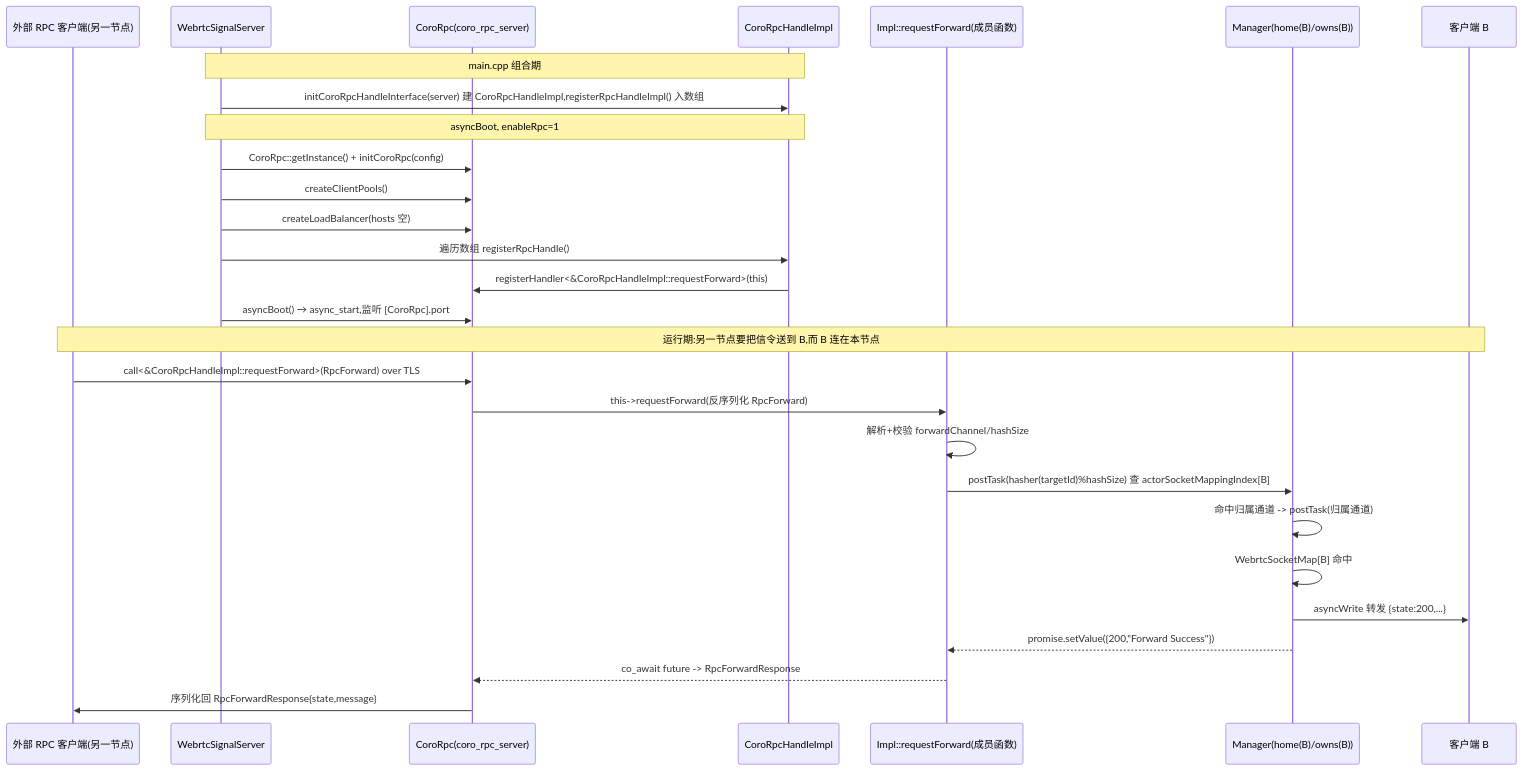
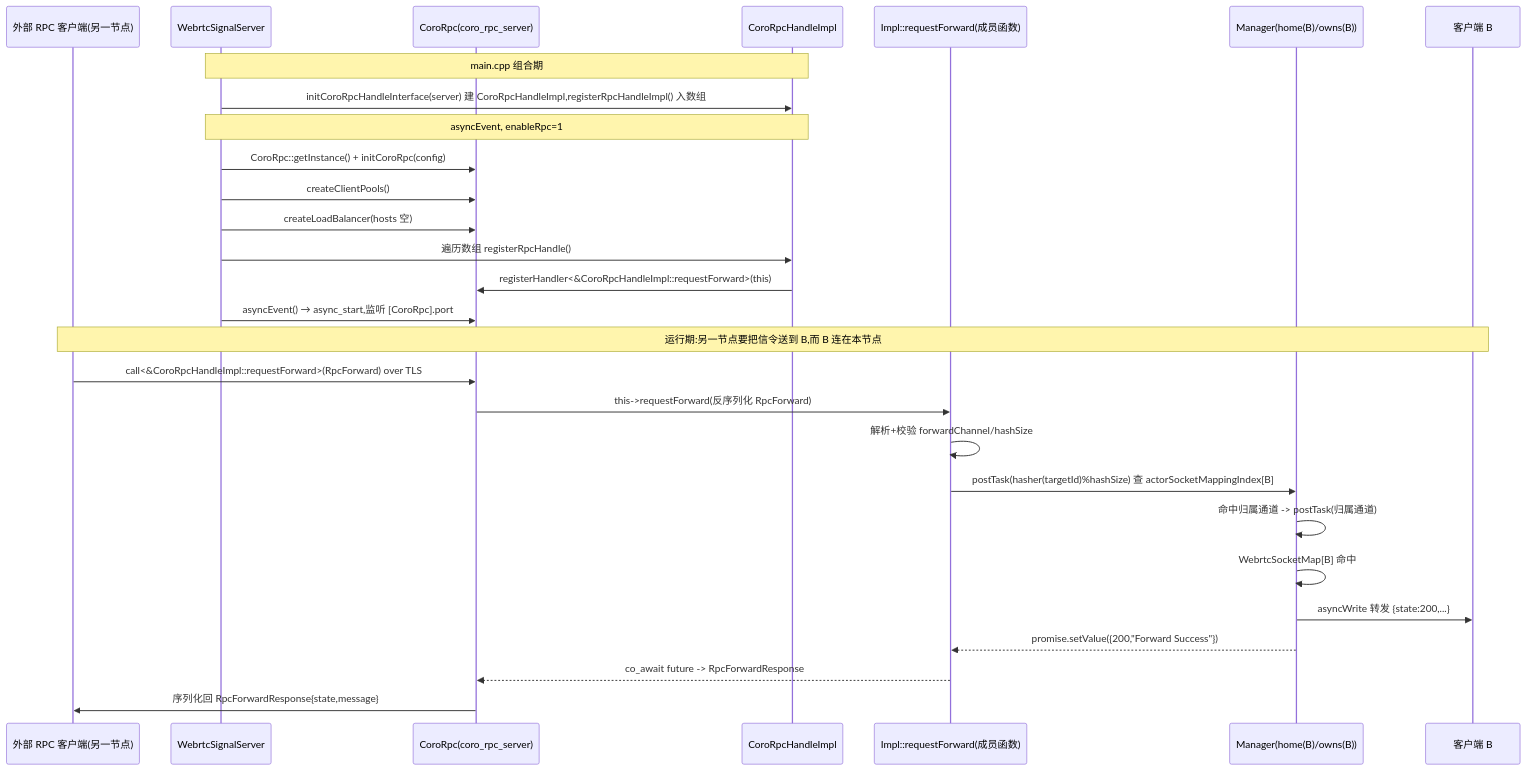
Before and after one commit to HopeTiga/HopeDesk: the fifth of 5 diagrams in WebrtcSignalServer.md, drawn with Mermaid. The commit also changed other lines of this file, not shown here.

````diff
--- a/WebrtcSignalServer.md
+++ b/WebrtcSignalServer.md
@@ -654,30 +657,30 @@
 ```mermaid
 sequenceDiagram
   participant Cli as 外部 RPC 客户端(另一节点)
   participant Srv as WebrtcSignalServer
   participant Rpc as CoroRpc(coro_rpc_server)
   participant Impl as CoroRpcHandleImpl
   participant Fn as Impl::requestForward(成员函数)
   participant Mb as Manager(home(B)/owns(B))
   participant B as 客户端 B
   Note over Srv,Impl: main.cpp 组合期
   Srv->>Impl: initCoroRpcHandleInterface(server) 建 CoroRpcHandleImpl,registerRpcHandleImpl() 入数组
-  Note over Srv,Impl: asyncBoot, enableRpc=1
+  Note over Srv,Impl: asyncEvent, enableRpc=1
   Srv->>Rpc: CoroRpc::getInstance() + initCoroRpc(config)
   Srv->>Rpc: createClientPools()
   Srv->>Rpc: createLoadBalancer(hosts 空)
   Srv->>Impl: 遍历数组 registerRpcHandle()
   Impl->>Rpc: registerHandler<&CoroRpcHandleImpl::requestForward>(this)
-  Srv->>Rpc: asyncBoot() → async_start,监听 [CoroRpc].port
+  Srv->>Rpc: asyncEvent() → async_start,监听 [CoroRpc].port
   Note over Cli,B: 运行期:另一节点要把信令送到 B,而 B 连在本节点
   Cli->>Rpc: call<&CoroRpcHandleImpl::requestForward>(RpcForward) over TLS
   Rpc->>Fn: this->requestForward(反序列化 RpcForward)
   Fn->>Fn: 解析+校验 forwardChannel/hashSize
   Fn->>Mb: postTask(hasher(targetId)%hashSize) 查 actorSocketMappingIndex[B]
   Mb->>Mb: 命中归属通道 -> postTask(归属通道)
   Mb->>Mb: WebrtcSocketMap[B] 命中
   Mb->>B: asyncWrite 转发 {state:200,...}
   Mb-->>Fn: promise.setValue({200,"Forward Success"})
   Fn-->>Rpc: co_await future -> RpcForwardResponse
   Rpc->>Cli: 序列化回 RpcForwardResponse{state,message}
 ```
````
